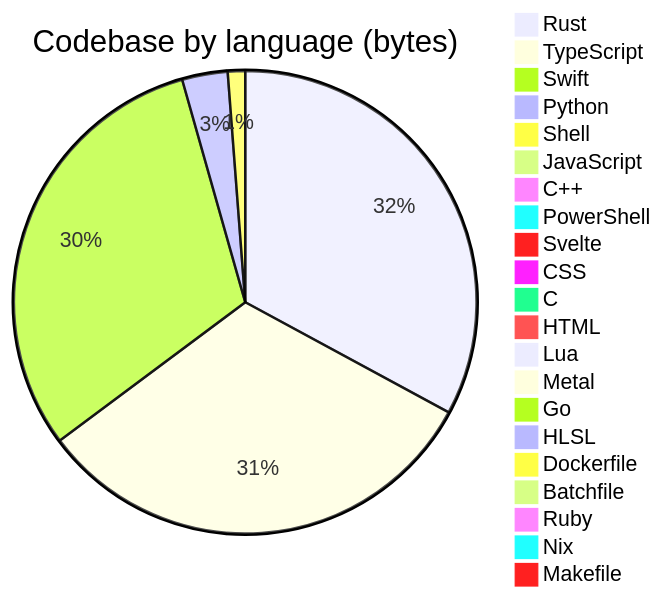
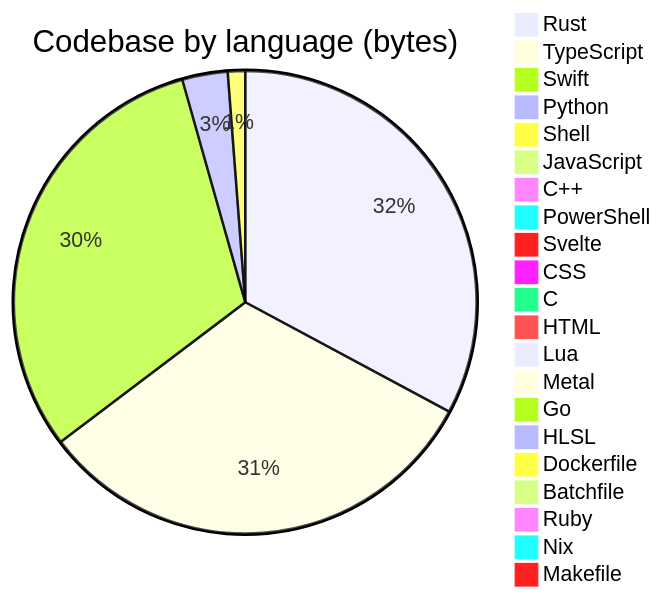
Before and after one commit to Open330/.github: the diagram in profile/README.md, drawn with Mermaid. The commit also changed other lines of this file, not shown here.

````diff
--- a/profile/README.md
+++ b/profile/README.md
@@ -137,24 +137,24 @@
 ```mermaid
 pie title Codebase by language (bytes)
     "Rust" : 37409997
     "TypeScript" : 36287461
-    "Swift" : 35030805
+    "Swift" : 35238337
     "Python" : 3617062
     "Shell" : 1379107
     "JavaScript" : 661968
     "C++" : 388775
     "PowerShell" : 333788
     "Svelte" : 275766
     "CSS" : 219282
     "C" : 197825
     "HTML" : 102356
     "Lua" : 48814
     "Metal" : 33192
     "Go" : 22811
     "HLSL" : 7527
     "Dockerfile" : 6402
     "Batchfile" : 5660
     "Ruby" : 4901
     "Nix" : 3168
     "Makefile" : 1692
 ```
````
